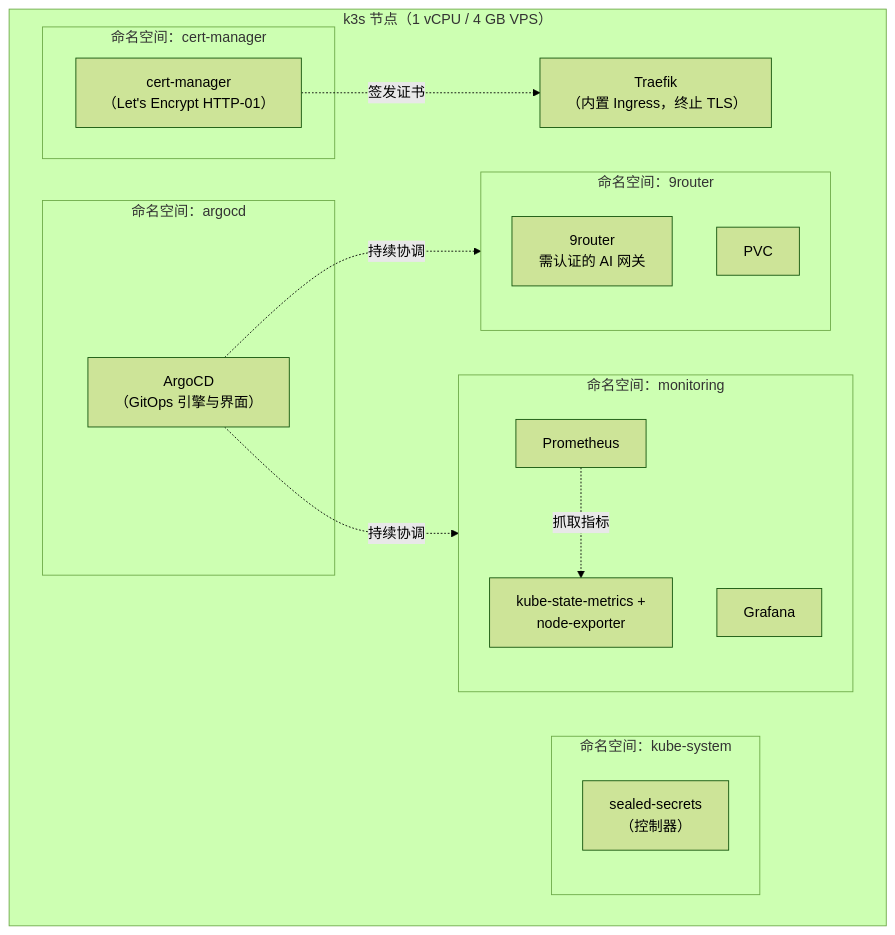
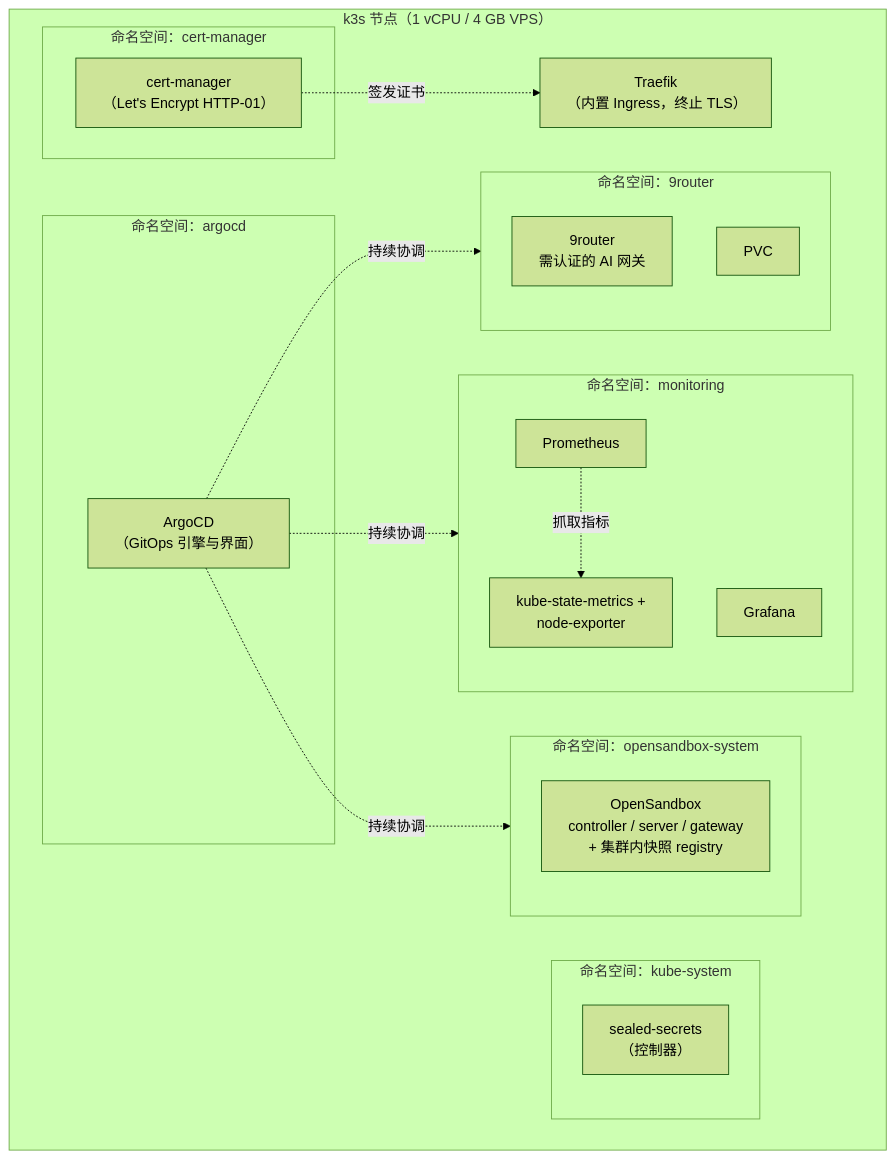
The first of 4 diagrams in docs/architecture/overview.md (geffzhang/cloudhomelab), drawn with Mermaid (forest theme) before and after one commit. The commit also changed other lines of this file and 10 other files, not shown here.

````diff
--- a/docs/architecture/overview.md
+++ b/docs/architecture/overview.md
@@ -9,30 +9,34 @@
 ```mermaid
 graph TB
     subgraph Node["k3s 节点（1 vCPU / 4 GB VPS）"]
         Traefik["Traefik<br/>（内置 Ingress，终止 TLS）"]
 
         subgraph argocd["命名空间：argocd"]
             ArgoCD["ArgoCD<br/>（GitOps 引擎与界面）"]
         end
         subgraph cm["命名空间：cert-manager"]
             CertMgr["cert-manager<br/>（Let's Encrypt HTTP-01）"]
         end
         subgraph ks["命名空间：kube-system"]
             Sealed["sealed-secrets<br/>（控制器）"]
         end
+        subgraph os["命名空间：opensandbox-system"]
+            OSCtl["OpenSandbox<br/>controller / server / gateway<br/>+ 集群内快照 registry"]
+        end
         subgraph mon["命名空间：monitoring"]
             Prom["Prometheus"]
             Graf["Grafana"]
             KSM["kube-state-metrics +<br/>node-exporter"]
         end
         subgraph router["命名空间：9router"]
             R9["9router<br/>需认证的 AI 网关"]
             R9PVC["PVC"]
         end
     end
 
     ArgoCD -. 持续协调 .-> router
     ArgoCD -. 持续协调 .-> mon
+    ArgoCD -. 持续协调 .-> os
     CertMgr -. 签发证书 .-> Traefik
     Prom -. 抓取指标 .-> KSM
 ```
````
